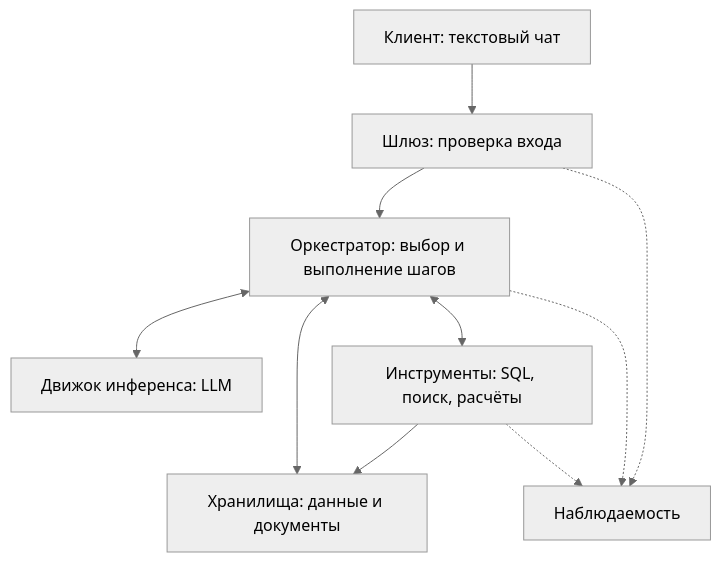
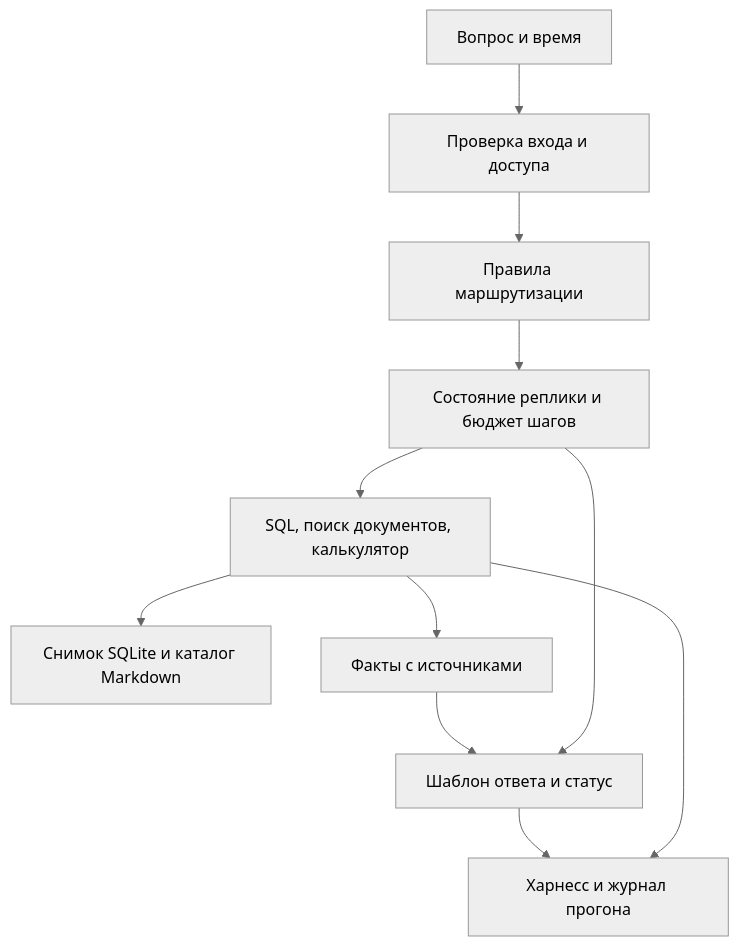
The diagram in design-doc.md (fizuli-ragimov/LLM-project-2026-2027), drawn with Mermaid (neutral theme) before and after one commit. The commit also changed other lines of this file and 7 other files, not shown here.

````diff
--- a/design-doc.md
+++ b/design-doc.md
@@ -209,12 +213,13 @@
 ```mermaid
 flowchart TD
-    U["Клиент: текстовый чат"] --> G["Шлюз: проверка входа"]
-    G --> O["Оркестратор: выбор и выполнение шагов"]
-    O <--> L["Движок инференса: LLM"]
-    O <--> S["Хранилища: данные и документы"]
-    O <--> T["Инструменты: SQL, поиск, расчёты"]
-    T --> S
-    G -.-> N["Наблюдаемость"]
-    O -.-> N
-    T -.-> N
+    U["Вопрос и время"] --> G["Проверка входа и доступа"]
+    G --> O["Правила маршрутизации"]
+    O --> W["Состояние реплики и бюджет шагов"]
+    W --> T["SQL, поиск документов, калькулятор"]
+    T --> D["Снимок SQLite и каталог Markdown"]
+    T --> F["Факты с источниками"]
+    F --> A["Шаблон ответа и статус"]
+    W --> A
+    A --> H["Харнесс и журнал прогона"]
+    T --> H
 ```
````
